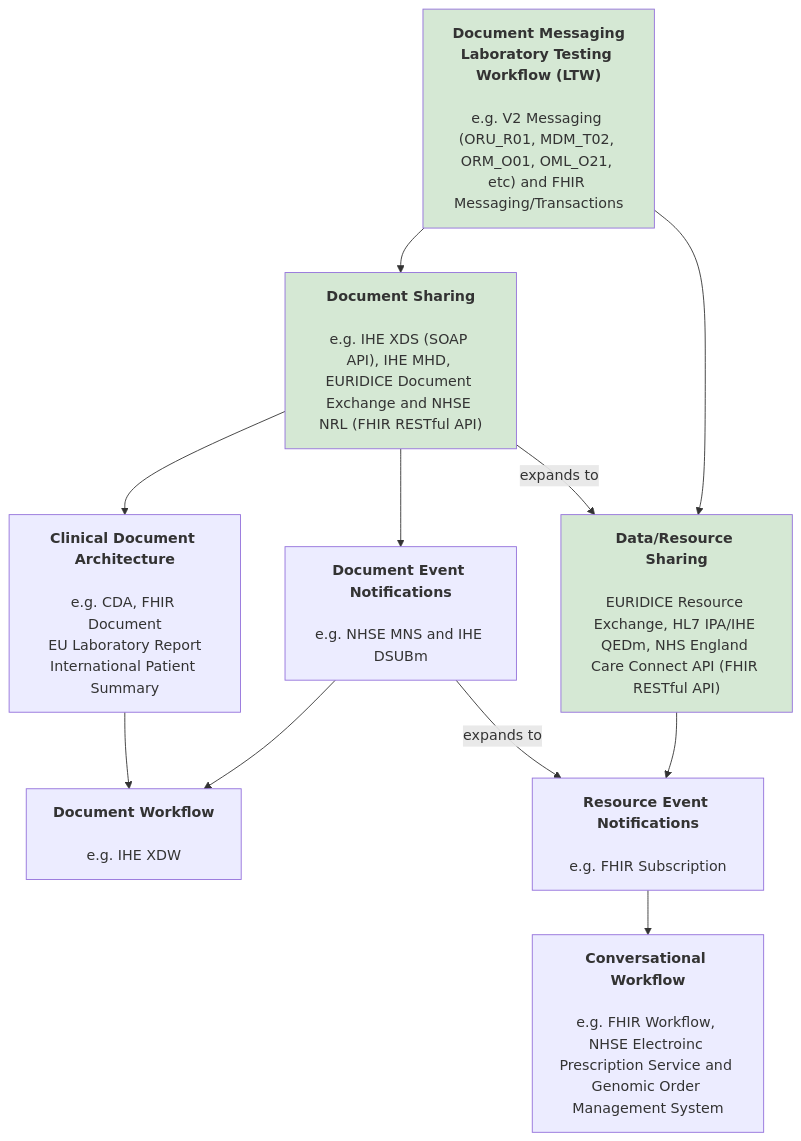
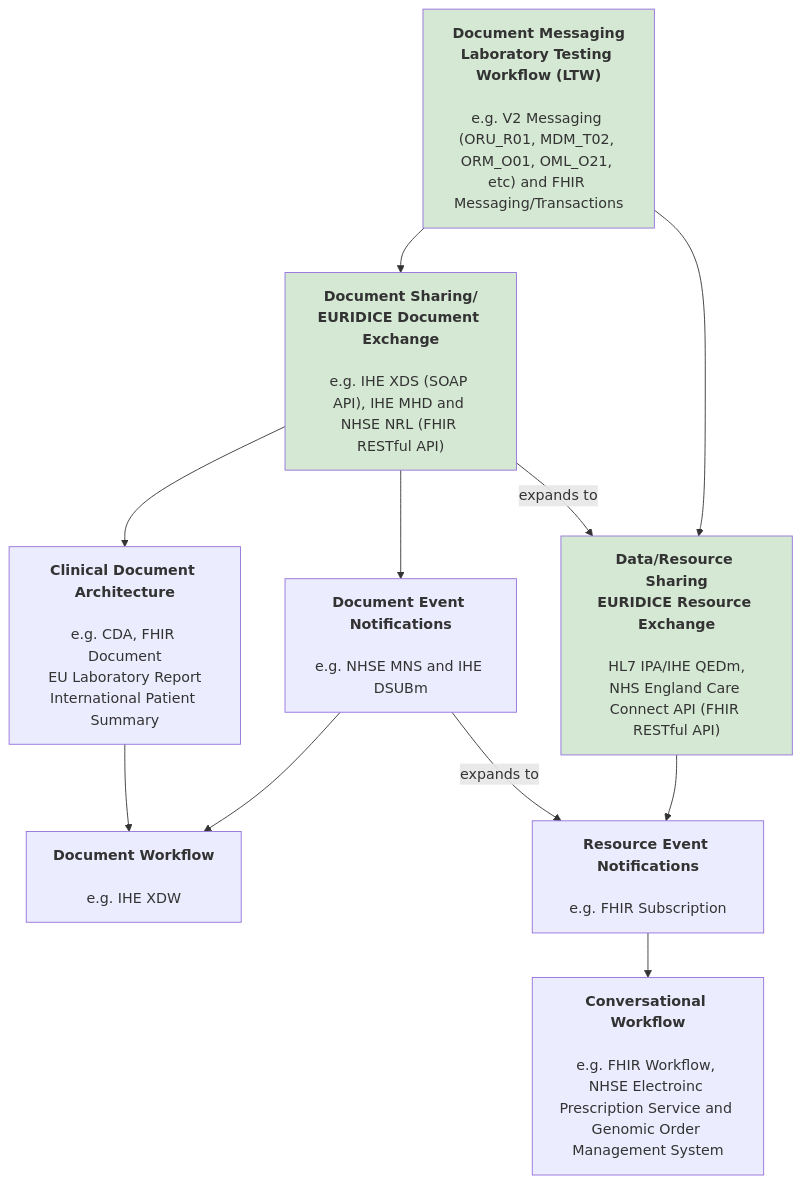
The first of 9 diagrams in input/pagecontent/exchange.md (nw-gmsa/nw-gmsa.github.com), drawn with Mermaid before and after one commit.

Commit message:
Relaxed Specimen rule to allow 0..* identifiers

````diff
--- a/input/pagecontent/exchange.md
+++ b/input/pagecontent/exchange.md
@@ -2,33 +2,33 @@
 ```mermaid
 graph TD;
 
 
 DocumentMessaging["<b>Document Messaging</b><br/><b>Laboratory Testing Workflow (LTW)</b><br/><br/>e.g. V2 Messaging (ORU_R01, MDM_T02, ORM_O01, OML_O21, etc) and FHIR Messaging/Transactions"]
-DocumentSharing["<b>Document Sharing</b><br/><br/>e.g. IHE XDS (SOAP API), IHE MHD, EURIDICE Document Exchange and NHSE NRL (FHIR RESTful API) "]
+DocumentSharing["<b>Document Sharing/<br/>EURIDICE Document Exchange</b><br/><br/>e.g. IHE XDS (SOAP API), IHE MHD and NHSE NRL (FHIR RESTful API) "]
 
 DocumentEventNotifications[<b>Document Event Notifications</b><br/><br/>e.g. NHSE MNS and IHE DSUBm]
 ClinicalDocumentArchitecture[<b>Clinical Document Architecture</b><br/><br/>e.g. CDA, FHIR Document<br/>EU Laboratory Report<br/>International Patient Summary] 
 DocumentWorkflow[<b>Document Workflow</b><br/><br/>e.g. IHE XDW]
 
-DataSharig["<b>Data/Resource Sharing</b><br/><br/>EURIDICE Resource Exchange, HL7 IPA/IHE QEDm, NHS England Care Connect API (FHIR RESTful API)"]
+DataSharig["<b>Data/Resource Sharing<br/>EURIDICE Resource Exchange</b><br/><br/> HL7 IPA/IHE QEDm, NHS England Care Connect API (FHIR RESTful API)"]
 ResourceEventNotifications[<b>Resource Event Notifications</b><br/><br/>e.g. FHIR Subscription]
 ConversationalMessaging[<b>Conversational Workflow</b><br/><br/>e.g. FHIR Workflow, NHSE Electroinc Prescription Service and Genomic Order Management System]
 
 
 DocumentMessaging --> DocumentSharing
 DocumentSharing --> DocumentEventNotifications
 DocumentSharing --> ClinicalDocumentArchitecture
 DocumentEventNotifications --> DocumentWorkflow
 ClinicalDocumentArchitecture --> DocumentWorkflow
 
 DocumentMessaging --> DataSharig
 DataSharig --> ResourceEventNotifications
 ResourceEventNotifications --> ConversationalMessaging
 
 DocumentSharing --> |expands to| DataSharig
 DocumentEventNotifications --> |expands to| ResourceEventNotifications
 
 classDef green fill:#D5E8D4;
 
 class DocumentMessaging,DocumentSharing,DataSharig green
 ```
````
